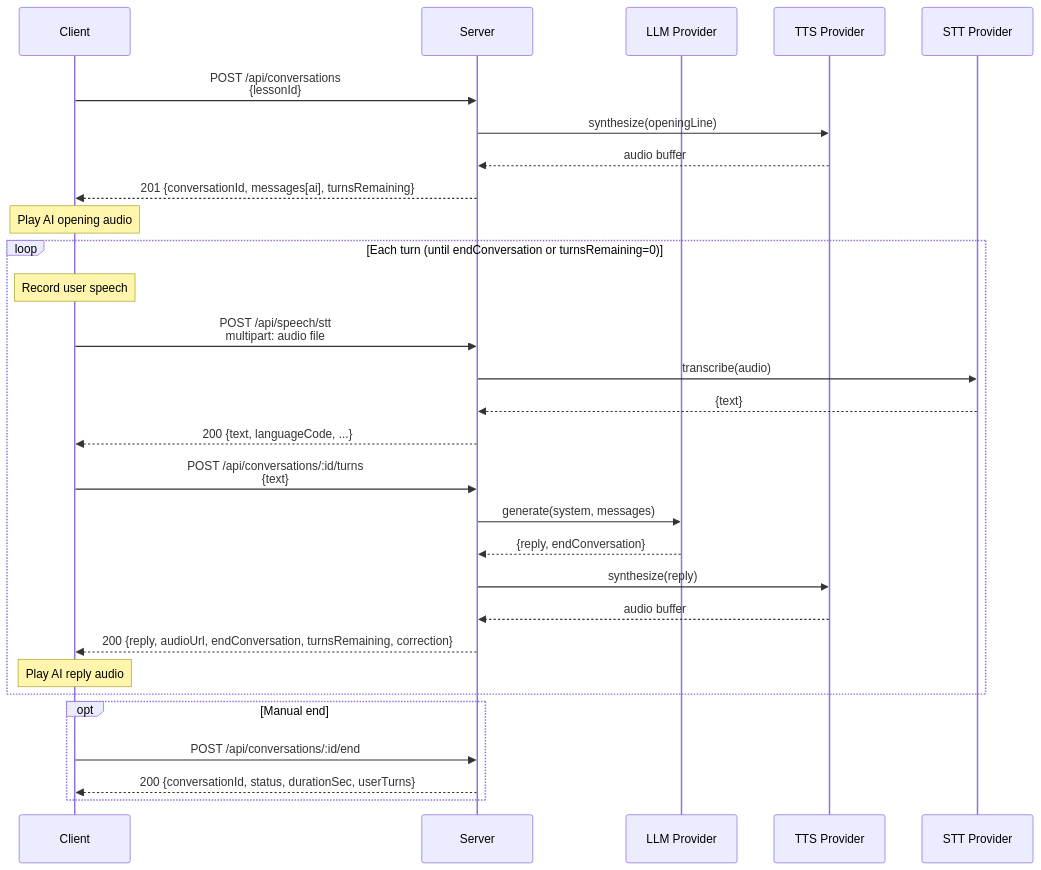
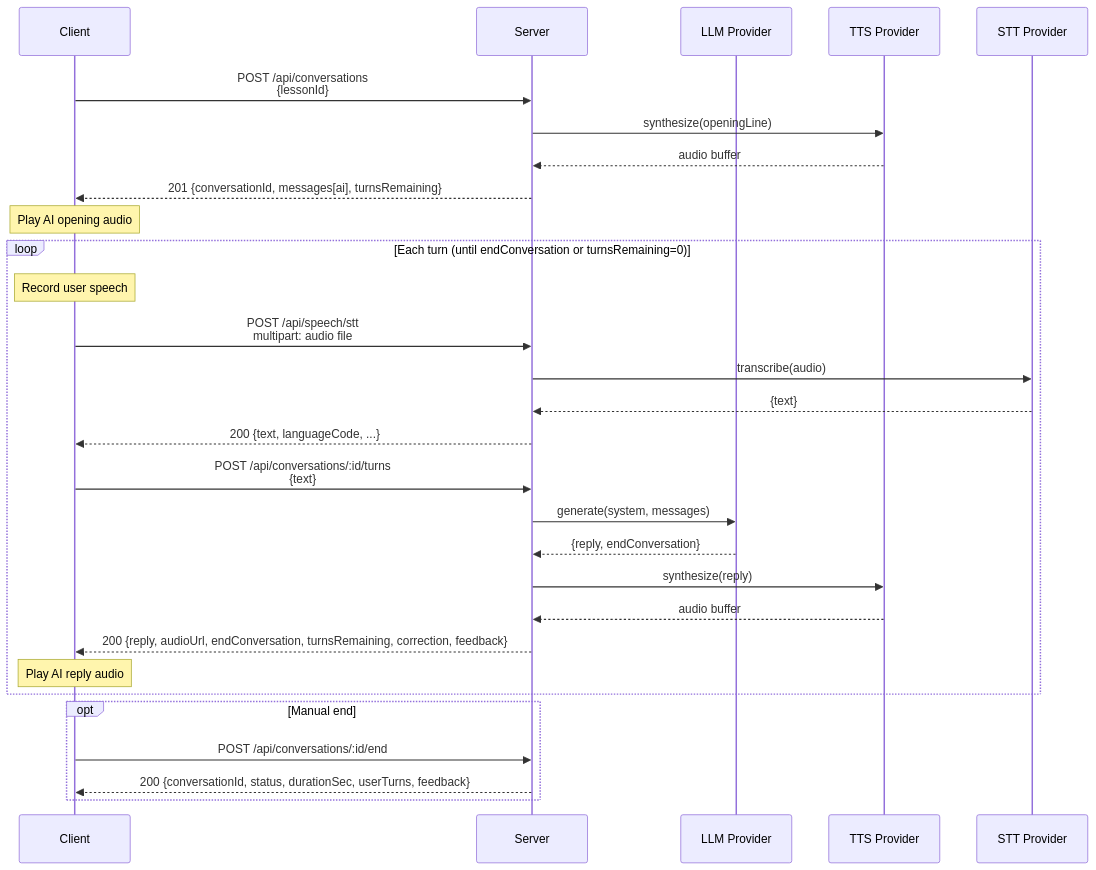
The third of 3 diagrams in docs/API_REFERENCE.md (adnanshakir/zubaan), drawn with Mermaid before and after one commit. The commit also changed other lines of this file, not shown here.

````diff
--- a/docs/API_REFERENCE.md
+++ b/docs/API_REFERENCE.md
@@ -1534,35 +1542,35 @@
 ```mermaid
 sequenceDiagram
     participant C as Client
     participant S as Server
     participant LLM as LLM Provider
     participant TTS as TTS Provider
     participant STT as STT Provider
 
     C->>S: POST /api/conversations<br/>{lessonId}
     S->>TTS: synthesize(openingLine)
     TTS-->>S: audio buffer
     S-->>C: 201 {conversationId, messages[ai], turnsRemaining}
     Note over C: Play AI opening audio
 
     loop Each turn (until endConversation or turnsRemaining=0)
         Note over C: Record user speech
         C->>S: POST /api/speech/stt<br/>multipart: audio file
         S->>STT: transcribe(audio)
         STT-->>S: {text}
         S-->>C: 200 {text, languageCode, ...}
 
         C->>S: POST /api/conversations/:id/turns<br/>{text}
         S->>LLM: generate(system, messages)
         LLM-->>S: {reply, endConversation}
         S->>TTS: synthesize(reply)
         TTS-->>S: audio buffer
-        S-->>C: 200 {reply, audioUrl, endConversation, turnsRemaining, correction}
+        S-->>C: 200 {reply, audioUrl, endConversation, turnsRemaining, correction, feedback}
         Note over C: Play AI reply audio
     end
 
     opt Manual end
         C->>S: POST /api/conversations/:id/end
-        S-->>C: 200 {conversationId, status, durationSec, userTurns}
+        S-->>C: 200 {conversationId, status, durationSec, userTurns, feedback}
     end
 ```
````
